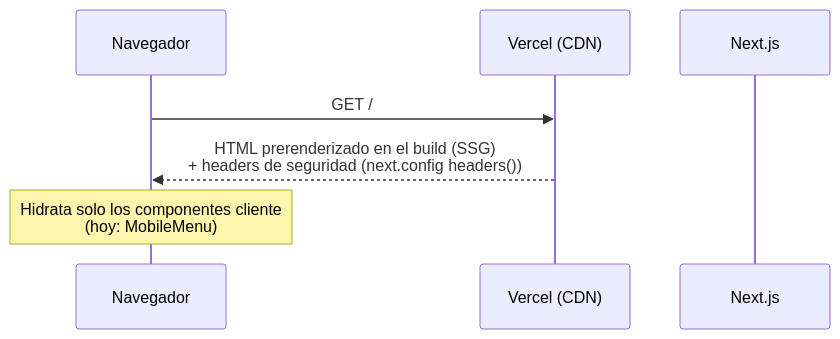
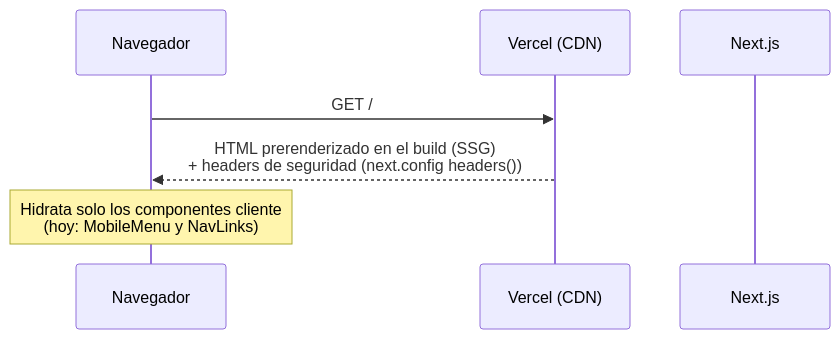
One commit to joaquinopall/estudio-familia-demo changed the second of 2 diagrams in docs/ARCHITECTURE.md. Above: the diagram before and after it, drawn with Mermaid. The commit also changed other lines of this file and 69 other files, not shown here.

````diff
--- a/docs/ARCHITECTURE.md
+++ b/docs/ARCHITECTURE.md
@@ -75,9 +75,9 @@
 ```mermaid
 sequenceDiagram
   participant B as Navegador
   participant V as Vercel (CDN)
   participant N as Next.js
   B->>V: GET /
   V-->>B: HTML prerenderizado en el build (SSG)<br/>+ headers de seguridad (next.config headers())
-  Note over B: Hidrata solo los componentes cliente<br/>(hoy: MobileMenu)
+  Note over B: Hidrata solo los componentes cliente<br/>(hoy: MobileMenu y NavLinks)
 ```
````
